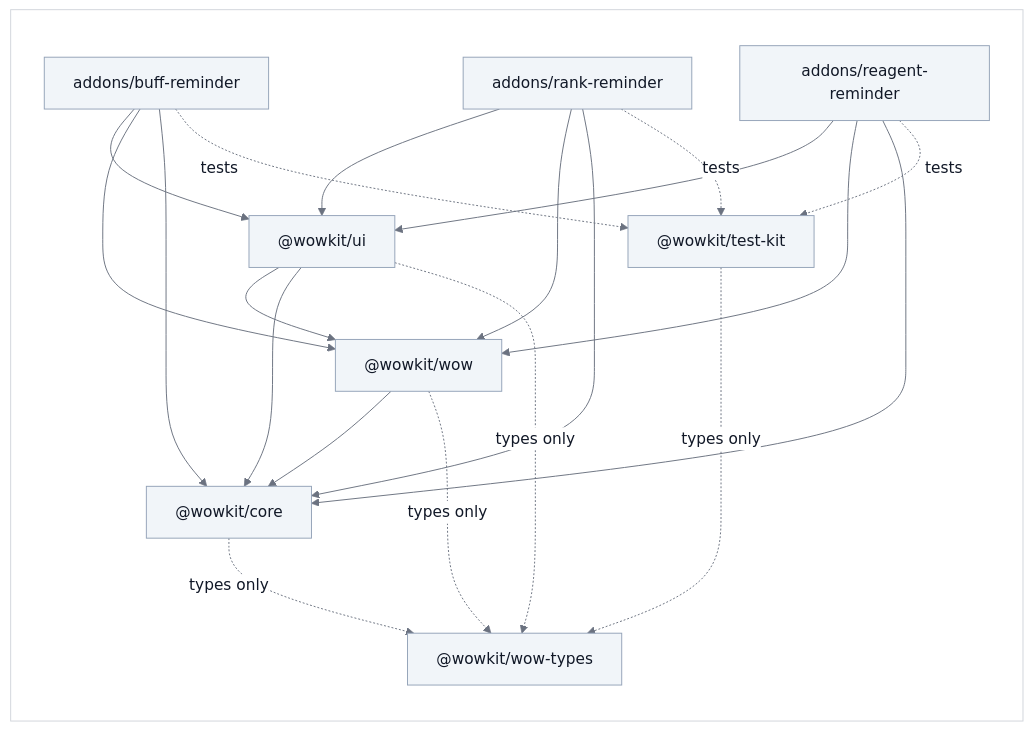
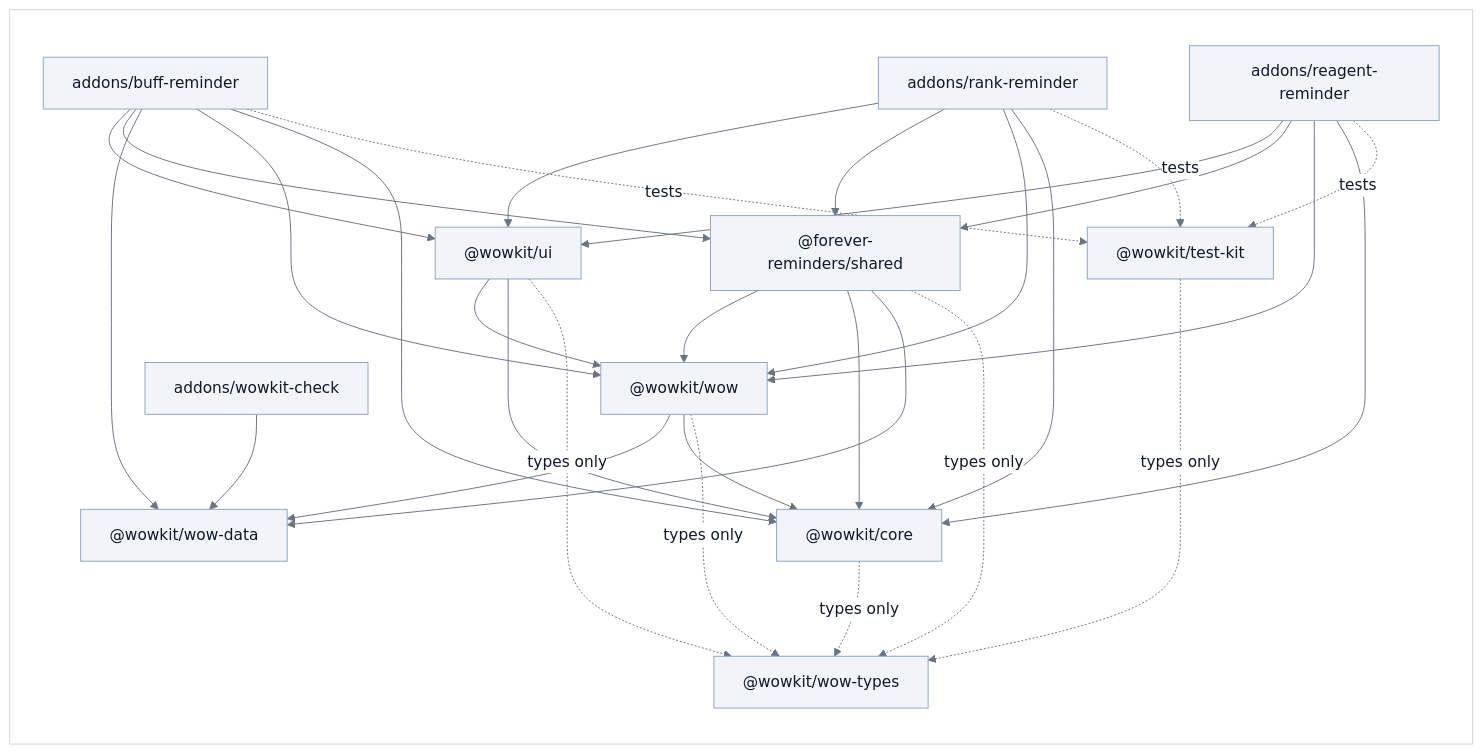
The diagram in docs/packages.md (vattiss/wowkit), drawn with Mermaid before and after one commit. The commit also changed other lines of this file and 205 other files, not shown here.

First line of the commit message:
refactor: make wow a pure facade, and add wow-data, shared and the wowkit-check addon

````diff
--- a/docs/packages.md
+++ b/docs/packages.md
@@ -25,28 +30,38 @@
 ```mermaid
 %%{init: {"theme":"base","themeVariables":{"background":"#ffffff","lineColor":"#6b7280","textColor":"#111827","primaryColor":"#f1f5f9","primaryTextColor":"#111827","primaryBorderColor":"#94a3b8","secondaryColor":"#e2e8f0","tertiaryColor":"#ffffff","mainBkg":"#f1f5f9","nodeBorder":"#94a3b8","nodeTextColor":"#111827","titleColor":"#111827","edgeLabelBackground":"#ffffff","labelBackground":"#ffffff","labelTextColor":"#111827","clusterBkg":"#ffffff","clusterBorder":"#d1d5db","classText":"#111827"}}}%%
 flowchart LR
     classDef default fill:#f1f5f9,stroke:#94a3b8,color:#111827
     subgraph PANEL[" "]
         buff["addons/buff-reminder"] --> ui["@wowkit/ui"]
         rank["addons/rank-reminder"] --> ui
         reagent["addons/reagent-reminder"] --> ui
+        buff --> shared["@forever-reminders/shared"]
+        rank --> shared
+        reagent --> shared
+        shared --> wow
+        shared --> core
+        shared --> data["@wowkit/wow-data"]
+        wow --> data
+        buff --> data
+        checker["addons/wowkit-check"] --> data
         buff --> wow["@wowkit/wow"]
         rank --> wow
         reagent --> wow
         buff --> core["@wowkit/core"]
         rank --> core
         reagent --> core
         ui --> wow
         ui --> core
         wow --> core
         buff -. "tests" .-> testkit["@wowkit/test-kit"]
         rank -. "tests" .-> testkit
         reagent -. "tests" .-> testkit
         wow -. "types only" .-> types["@wowkit/wow-types"]
         ui -. "types only" .-> types
+        shared -. "types only" .-> types
         core -. "types only" .-> types
         testkit -. "types only" .-> types
     end
     classDef panel fill:#ffffff,stroke:#d1d5db,color:#111827
     class PANEL panel
 ```
````
